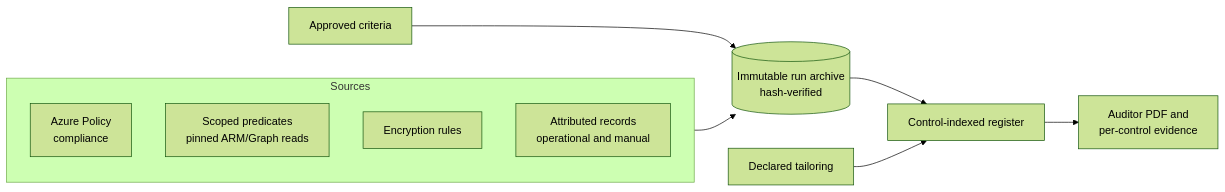
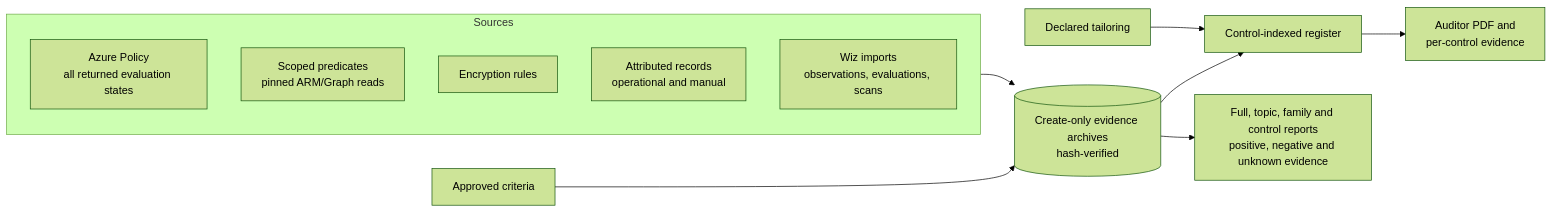
The diagram in README.md (csGIT34/auditevidencecollector), drawn with Mermaid (forest theme) before and after one commit. The commit also changed other lines of this file and 37 other files, not shown here.

First line of the commit message:
feat: add selectable audit evidence reports

````diff
--- a/README.md
+++ b/README.md
@@ -9,14 +9,16 @@
 ```mermaid
 flowchart LR
   subgraph Sources
-    P[Azure Policy<br/>compliance]
+    P[Azure Policy<br/>all returned evaluation states]
     A[Scoped predicates<br/>pinned ARM/Graph reads]
     E[Encryption rules]
     M[Attributed records<br/>operational and manual]
+    W[Wiz imports<br/>observations, evaluations, scans]
   end
-  Sources --> R[(Immutable run archive<br/>hash-verified)]
+  Sources --> R[(Create-only evidence archives<br/>hash-verified)]
   C[Approved criteria] --> R
   R --> G[Control-indexed register]
   V[Declared tailoring] --> G
   G --> D[Auditor PDF and<br/>per-control evidence]
+  R --> T[Full, topic, family and control reports<br/>positive, negative and unknown evidence]
 ```
````
